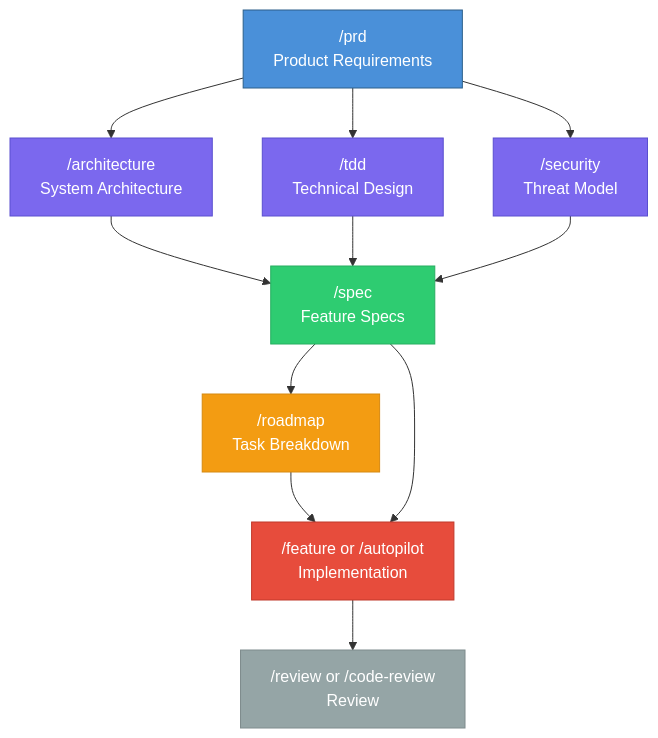
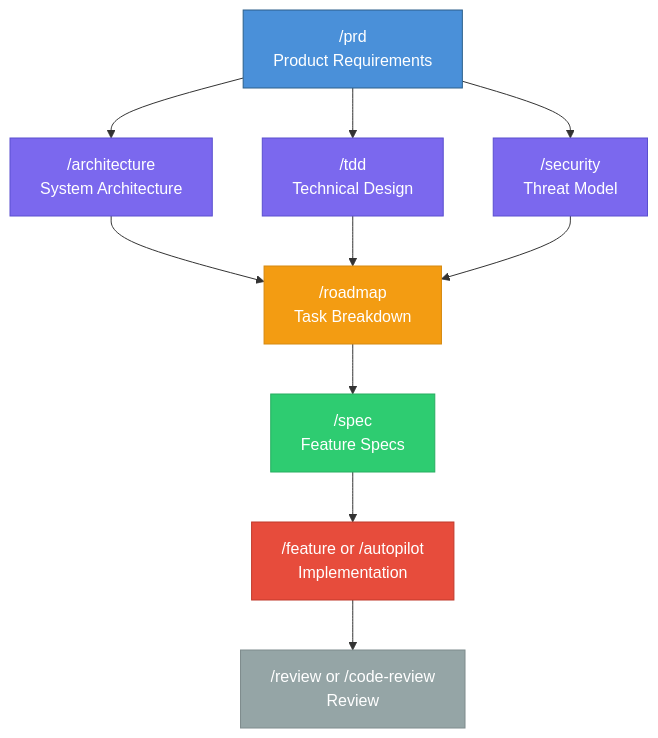
One commit to 0xrafasec/ai-workflow changed the first of 7 diagrams in docs/spec-driven-development.md. Above: the diagram before and after it, drawn with Mermaid. The commit also changed other lines of this file and 3 other files, not shown here.

First line of the commit message:
fix: correct SDLC flow — roadmap generates from design docs, specs detail each task

````diff
--- a/docs/spec-driven-development.md
+++ b/docs/spec-driven-development.md
@@ -21,31 +21,30 @@
 ```mermaid
 graph TD
     PRD["/prd<br/>Product Requirements"]
     ARCH["/architecture<br/>System Architecture"]
     TDD["/tdd<br/>Technical Design"]
     SEC["/security<br/>Threat Model"]
     SPEC["/spec<br/>Feature Specs"]
     ROAD["/roadmap<br/>Task Breakdown"]
     IMPL["/feature or /autopilot<br/>Implementation"]
     REV["/review or /code-review<br/>Review"]
 
     PRD --> ARCH
     PRD --> TDD
     PRD --> SEC
-    ARCH --> SPEC
-    TDD --> SPEC
-    SEC --> SPEC
-    SPEC --> ROAD
-    ROAD --> IMPL
+    ARCH --> ROAD
+    TDD --> ROAD
+    SEC --> ROAD
+    ROAD --> SPEC
+    SPEC --> IMPL
     IMPL --> REV
-    SPEC --> IMPL
 
     style PRD fill:#4a90d9,stroke:#2c5f8a,color:#fff
     style ARCH fill:#7b68ee,stroke:#5a4fcf,color:#fff
     style TDD fill:#7b68ee,stroke:#5a4fcf,color:#fff
     style SEC fill:#7b68ee,stroke:#5a4fcf,color:#fff
     style SPEC fill:#2ecc71,stroke:#27ae60,color:#fff
     style ROAD fill:#f39c12,stroke:#d68910,color:#fff
     style IMPL fill:#e74c3c,stroke:#c0392b,color:#fff
     style REV fill:#95a5a6,stroke:#7f8c8d,color:#fff
 ```
````
